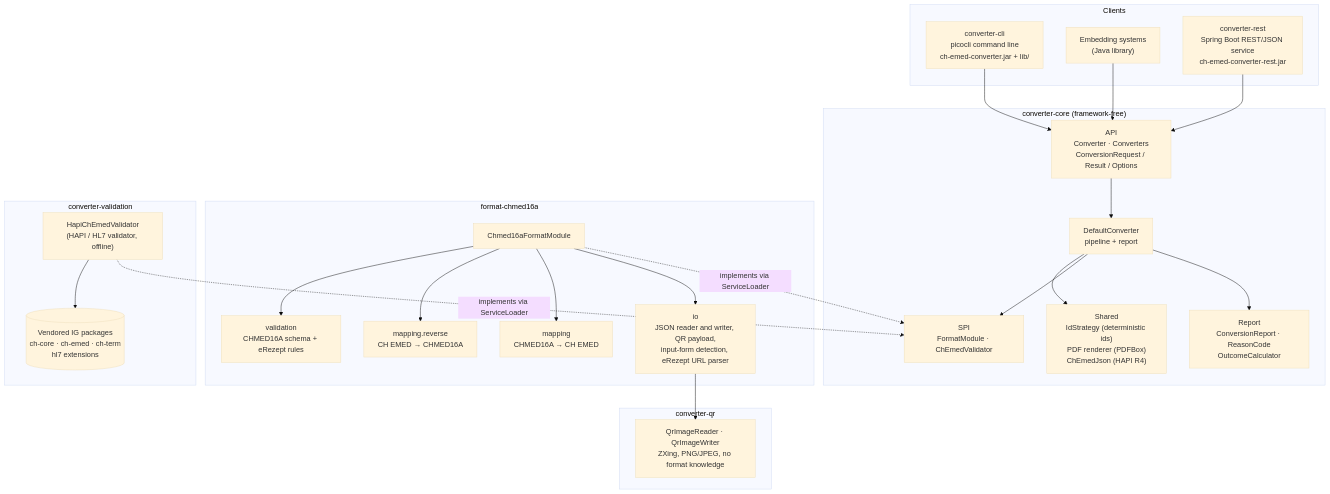
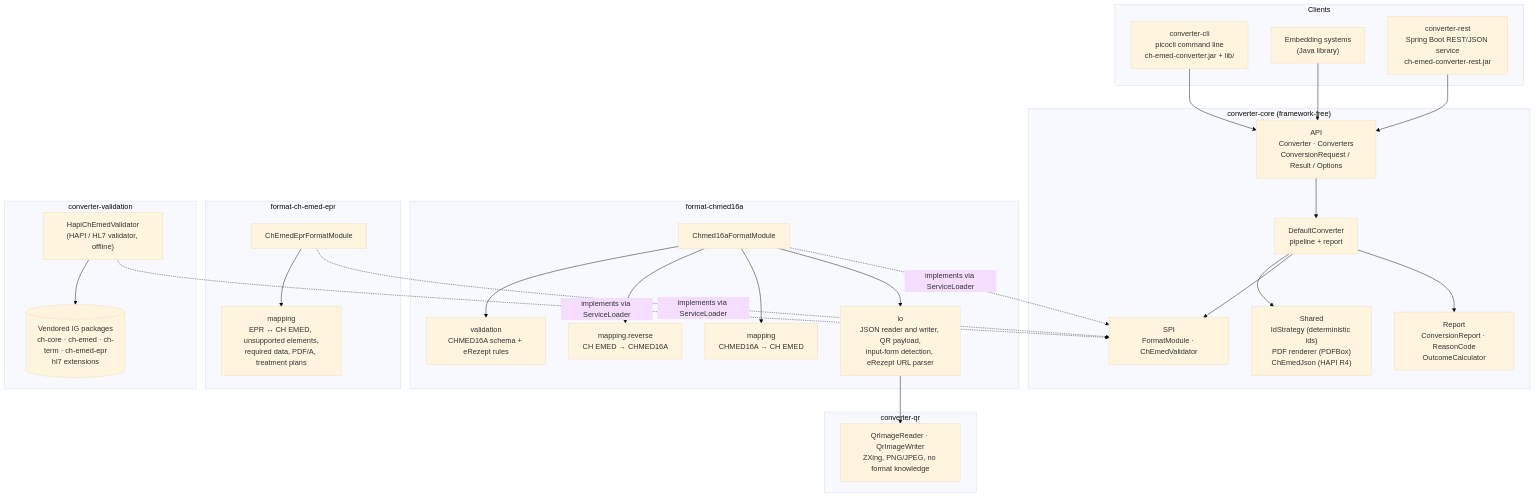
One commit to ehealthsuisse/ch-emed-converter changed the first of 4 diagrams in docs/architecture.md. Above: the diagram before and after it, drawn with Mermaid (base theme). The commit also changed other lines of this file and 14 other files, not shown here.

````diff
--- a/docs/architecture.md
+++ b/docs/architecture.md
@@ -20,49 +20,56 @@
 ```mermaid
 flowchart TB
     subgraph clients["Clients"]
         CLI["converter-cli<br/>picocli command line<br/>ch-emed-converter.jar + lib/"]
         EMB["Embedding systems<br/>(Java library)"]
         REST["converter-rest<br/>Spring Boot REST/JSON service<br/>ch-emed-converter-rest.jar"]
     end
 
     subgraph core["converter-core (framework-free)"]
         API["API<br/>Converter · Converters<br/>ConversionRequest / Result / Options"]
         PIPE["DefaultConverter<br/>pipeline + report"]
         REP["Report<br/>ConversionReport · ReasonCode<br/>OutcomeCalculator"]
         SPI["SPI<br/>FormatModule · ChEmedValidator"]
         UTIL["Shared<br/>IdStrategy (deterministic ids)<br/>PDF renderer (PDFBox)<br/>ChEmedJson (HAPI R4)"]
     end
 
     subgraph qr["converter-qr"]
         QRC["QrImageReader · QrImageWriter<br/>ZXing, PNG/JPEG, no format knowledge"]
     end
 
     subgraph fmt["format-chmed16a"]
         FM["Chmed16aFormatModule"]
         IO["io<br/>JSON reader and writer, QR payload,<br/>input-form detection, eRezept URL parser"]
         FWD["mapping<br/>CHMED16A → CH EMED"]
         REV["mapping.reverse<br/>CH EMED → CHMED16A"]
         VAL16["validation<br/>CHMED16A schema + eRezept rules"]
     end
 
+    subgraph epr["format-ch-emed-epr"]
+        EFM["ChEmedEprFormatModule"]
+        EMAP["mapping<br/>EPR ↔ CH EMED, unsupported elements,<br/>required data, PDF/A, treatment plans"]
+    end
+
     subgraph val["converter-validation"]
         HV["HapiChEmedValidator<br/>(HAPI / HL7 validator, offline)"]
-        PKG[("Vendored IG packages<br/>ch-core · ch-emed · ch-term<br/>hl7 extensions")]
+        PKG[("Vendored IG packages<br/>ch-core · ch-emed · ch-term · ch-emed-epr<br/>hl7 extensions")]
     end
 
     CLI --> API
     EMB --> API
     REST --> API
     API --> PIPE
     PIPE --> REP
     PIPE --> SPI
     PIPE --> UTIL
     FM -. "implements via ServiceLoader" .-> SPI
     HV -. "implements via ServiceLoader" .-> SPI
+    EFM -. "implements via ServiceLoader" .-> SPI
+    EFM --> EMAP
     FM --> IO
     IO --> QRC
     FM --> FWD
     FM --> REV
     FM --> VAL16
     HV --> PKG
 ```
````
